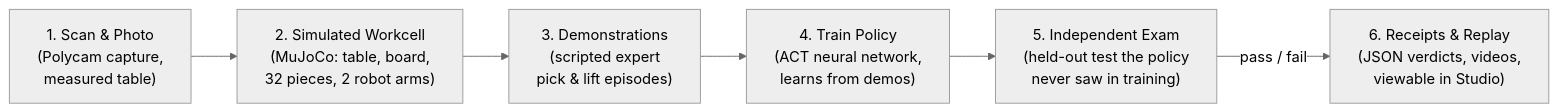
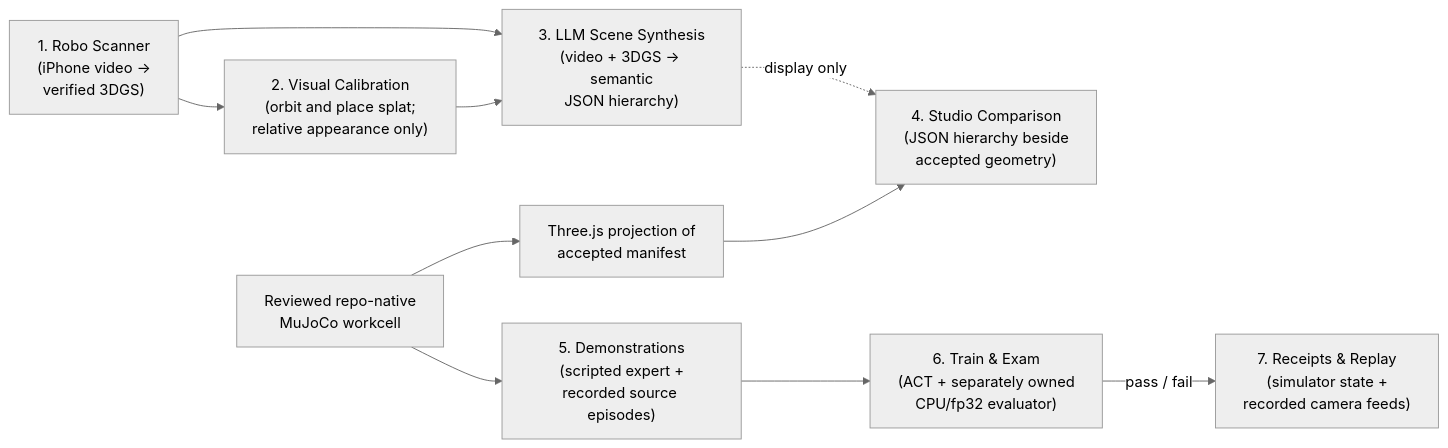
One commit to jakekinchen/sim2claw changed the diagram in project_submittals/README_submittal.md. Above: the diagram before and after it, drawn with Mermaid (neutral theme). The commit also changed other lines of this file and 10 other files, not shown here.

````diff
--- a/project_submittals/README_submittal.md
+++ b/project_submittals/README_submittal.md
@@ -45,8 +79,12 @@
 ```mermaid
 flowchart LR
-    A["1. Scan & Photo\n(Polycam capture,\nmeasured table)"] --> B["2. Simulated Workcell\n(MuJoCo: table, board,\n32 pieces, 2 robot arms)"]
-    B --> C["3. Demonstrations\n(scripted expert\npick & lift episodes)"]
-    C --> D["4. Train Policy\n(ACT neural network,\nlearns from demos)"]
-    D --> E["5. Independent Exam\n(held-out test the policy\nnever saw in training)"]
-    E -->|pass / fail| F["6. Receipts & Replay\n(JSON verdicts, videos,\nviewable in Studio)"]
+    A["1. Robo Scanner\n(iPhone video →\nverified 3DGS)"] --> B["2. Visual Calibration\n(orbit and place splat;\nrelative appearance only)"]
+    A --> C["3. LLM Scene Synthesis\n(video + 3DGS → semantic\nJSON hierarchy)"]
+    B --> C
+    C -. display only .-> D["4. Studio Comparison\n(JSON hierarchy beside\naccepted geometry)"]
+    M["Reviewed repo-native\nMuJoCo workcell"] --> N["Three.js projection of\naccepted manifest"]
+    N --> D
+    M --> E["5. Demonstrations\n(scripted expert +\nrecorded source episodes)"]
+    E --> F["6. Train & Exam\n(ACT + separately owned\nCPU/fp32 evaluator)"]
+    F -->|pass / fail| G["7. Receipts & Replay\n(simulator state +\nrecorded camera feeds)"]
 ```
````
